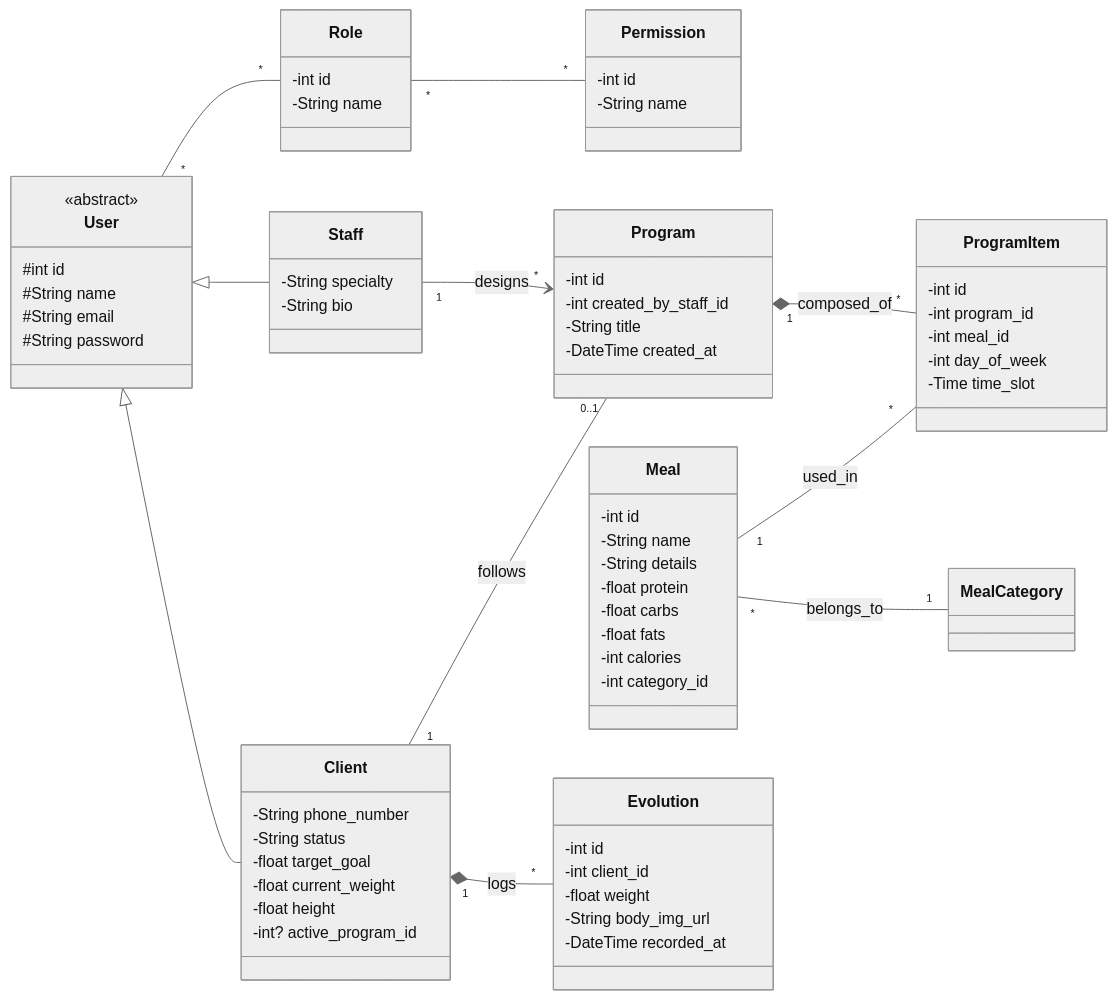
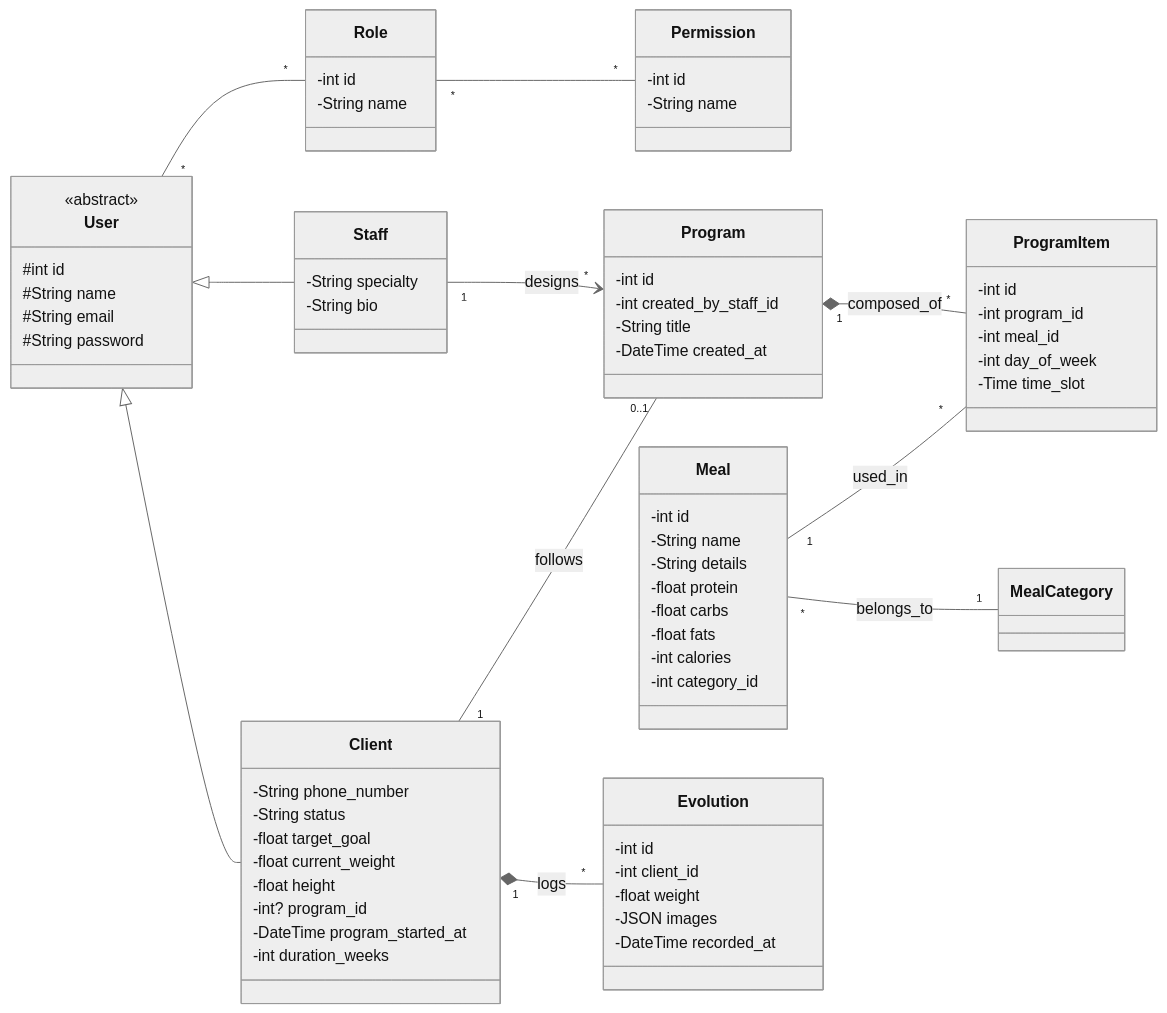
The diagram in Analyse/Diagramme-class/diagramme-class.mmd (BenTaleb-Mehdi/Project-PFE), drawn with Mermaid (neutral theme) before and after one commit. The commit also changed 44 other files, not shown here.

```diff
--- a/Analyse/Diagramme-class/diagramme-class.mmd
+++ b/Analyse/Diagramme-class/diagramme-class.mmd
@@ -1,91 +1,94 @@
 classDiagram
     direction LR
 
     %% --- Authorization (Spatie RBAC) ---
     class Role {
         -int id
         -String name
     }
 
     class Permission {
         -int id
         -String name
     }
 
     %% --- Actors ---
     class User {
         <<abstract>>
         #int id
         #String name
         #String email
         #String password
     }
 
     class Client {
         -String phone_number
         -String status
         -float target_goal
         -float current_weight
         -float height
-        -int? active_program_id
+        -int? program_id
+        -DateTime program_started_at
+        -int duration_weeks
     }
 
     class Staff {
         -String specialty
         -String bio
     }
 
     User <|-- Client
     User <|-- Staff
 
     %% --- Nutrition Logic ---
     class Meal {
         -int id
         -String name
         -String details
         -float protein 
         -float carbs
         -float fats 
         -int calories
         -int category_id
     }
 
     class Program {
         -int id
         -int created_by_staff_id
         -String title
         -DateTime created_at
     }
 
     class ProgramItem {
         -int id
         -int program_id
         -int meal_id
         -int day_of_week
         -Time time_slot
     }
 
     %% --- Records ---
     class Evolution {
         -int id
         -int client_id
         -float weight
-        -String body_img_url
+        -JSON images
         -DateTime recorded_at
     }
+
 
     %% --- Relations ---
     User "*" -- "*" Role
     Role "*" -- "*" Permission
 
     %% Nutrition Structure
     Meal "*" -- "1" MealCategory : belongs_to
     Program "1" *-- "*" ProgramItem : composed_of
     Meal "1" -- "*" ProgramItem : used_in
     
     %% Staff Actions
     Staff "1" --> "*" Program : designs
 
     %% Client Tracking
     Client "1" -- "0..1" Program : follows
     Client "1" *-- "*" Evolution : logs
```
